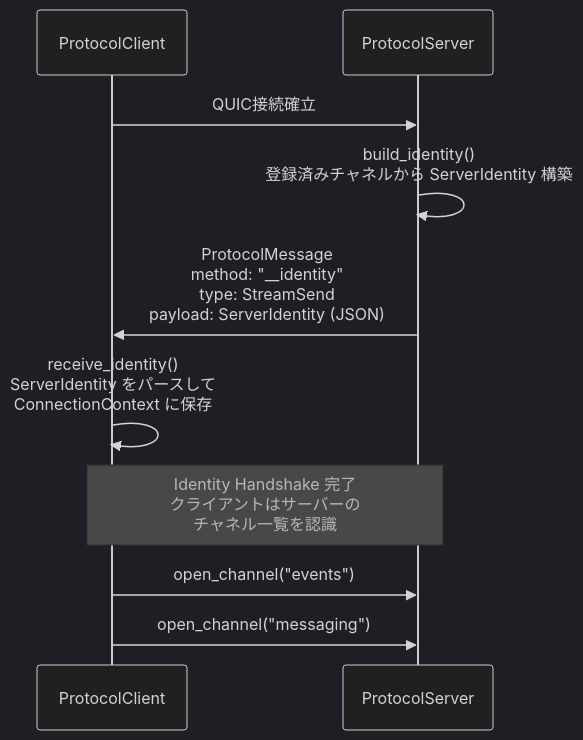
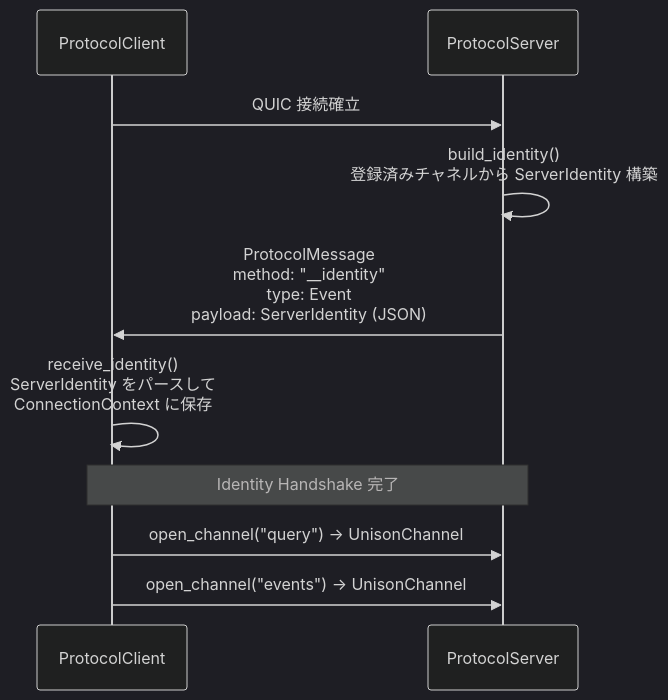
Before and after one commit to chronista-club/unison: the eighth of 8 diagrams in spec/03-stream-channels/SPEC.md, drawn with Mermaid (dark theme). The commit also changed other lines of this file and 33 other files, not shown here.

````diff
--- a/spec/03-stream-channels/SPEC.md
+++ b/spec/03-stream-channels/SPEC.md
@@ -633,16 +566,16 @@
 ```mermaid
 sequenceDiagram
     participant Client as ProtocolClient
     participant Server as ProtocolServer
 
-    Client->>Server: QUIC接続確立
+    Client->>Server: QUIC 接続確立
     Server->>Server: build_identity()<br/>登録済みチャネルから ServerIdentity 構築
-    Server->>Client: ProtocolMessage<br/>method: "__identity"<br/>type: StreamSend<br/>payload: ServerIdentity (JSON)
+    Server->>Client: ProtocolMessage<br/>method: "__identity"<br/>type: Event<br/>payload: ServerIdentity (JSON)
 
     Client->>Client: receive_identity()<br/>ServerIdentity をパースして<br/>ConnectionContext に保存
 
-    Note over Client,Server: Identity Handshake 完了<br/>クライアントはサーバーの<br/>チャネル一覧を認識
+    Note over Client,Server: Identity Handshake 完了
 
-    Client->>Server: open_channel("events")
-    Client->>Server: open_channel("messaging")
+    Client->>Server: open_channel("query") → UnisonChannel
+    Client->>Server: open_channel("events") → UnisonChannel
 ```
````
